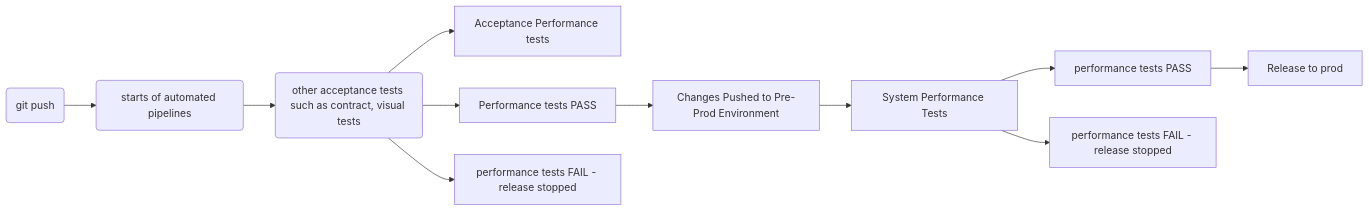
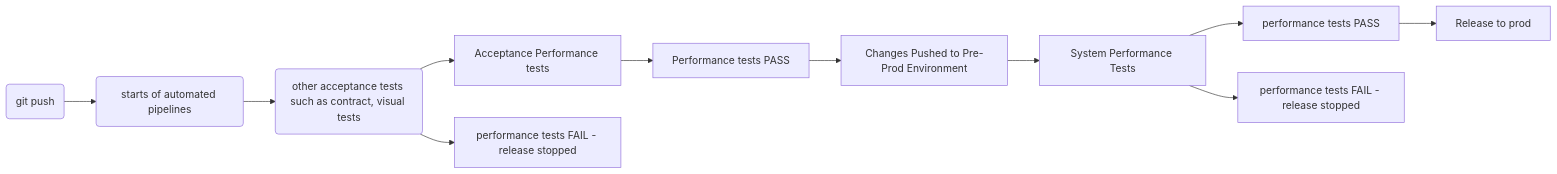
One commit to grancu/testrepo changed the diagram in READMECICD.md. Above: the diagram before and after it, drawn with Mermaid.

Commit message:
fixed graph in readme

````diff
--- a/READMECICD.md
+++ b/READMECICD.md
@@ -49,13 +49,13 @@
 ```mermaid
 graph LR
 	A(git push) --> B(starts of automated pipelines)
 	B --> C(other acceptance tests such as contract, visual tests)
 	C --> D[Acceptance Performance tests]
-	C --> E[Performance tests PASS]
+	D --> E[Performance tests PASS]
 	C --> G[performance tests FAIL - release stopped]
 	E --> F[Changes Pushed to Pre-Prod Environment]
 	F --> H[System Performance Tests]
 	H --> I[performance tests PASS]
 	I --> J[Release to prod]
 	H --> K[performance tests FAIL - release stopped]
 ```
````
